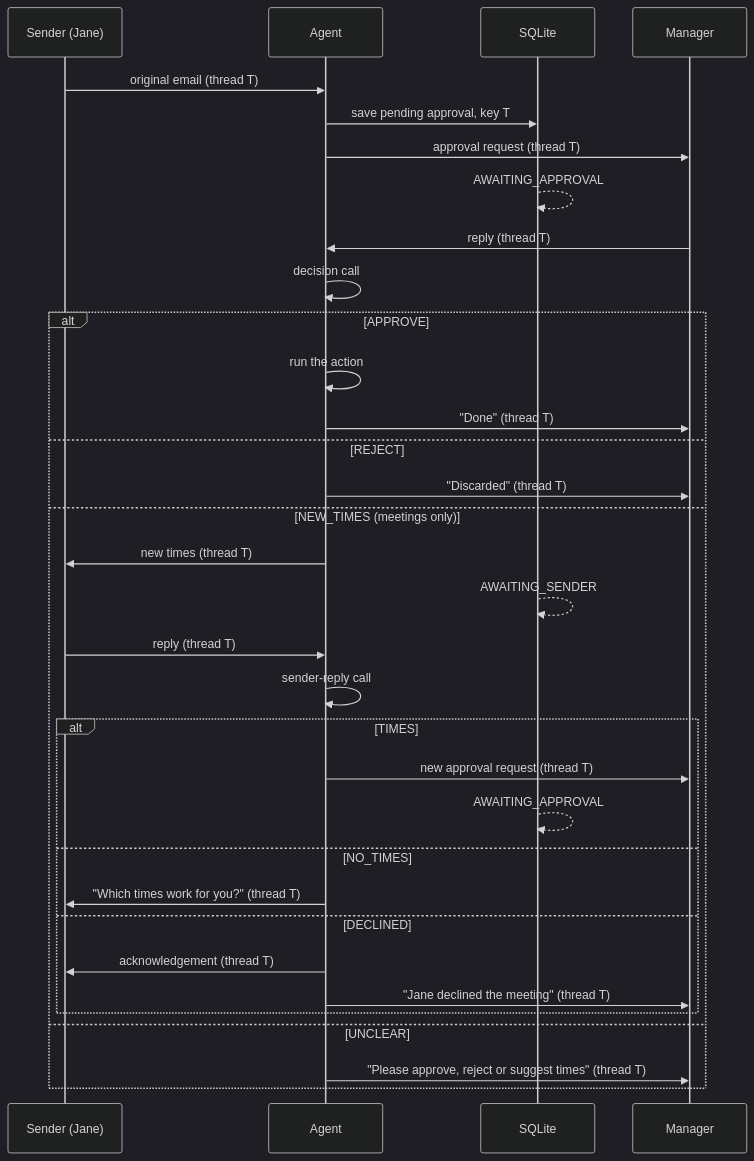
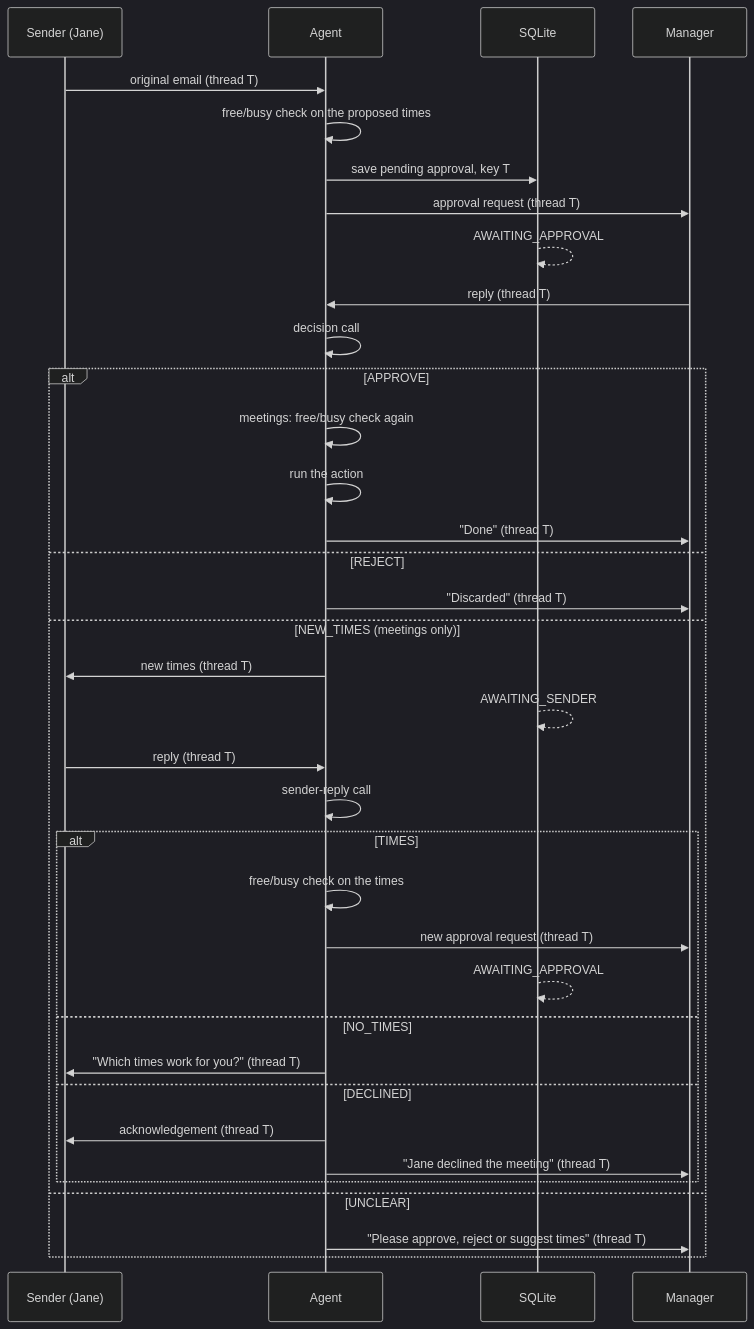
The first of 4 diagrams in docs/approval.md (andreicaminschi/ai-email-assistant), drawn with Mermaid (dark theme) before and after one commit. The commit also changed other lines of this file, not shown here.

````diff
--- a/docs/approval.md
+++ b/docs/approval.md
@@ -43,36 +44,39 @@
 ```mermaid
 sequenceDiagram
     participant S as Sender (Jane)
     participant A as Agent
     participant DB as SQLite
     participant M as Manager
 
     S->>A: original email (thread T)
+    A->>A: free/busy check on the proposed times
     A->>DB: save pending approval, key T
     A->>M: approval request (thread T)
     DB-->>DB: AWAITING_APPROVAL
     M->>A: reply (thread T)
     A->>A: decision call
     alt APPROVE
+        A->>A: meetings: free/busy check again
         A->>A: run the action
         A->>M: "Done" (thread T)
     else REJECT
         A->>M: "Discarded" (thread T)
     else NEW_TIMES (meetings only)
         A->>S: new times (thread T)
         DB-->>DB: AWAITING_SENDER
         S->>A: reply (thread T)
         A->>A: sender-reply call
         alt TIMES
+            A->>A: free/busy check on the times
             A->>M: new approval request (thread T)
             DB-->>DB: AWAITING_APPROVAL
         else NO_TIMES
             A->>S: "Which times work for you?" (thread T)
         else DECLINED
             A->>S: acknowledgement (thread T)
             A->>M: "Jane declined the meeting" (thread T)
         end
     else UNCLEAR
         A->>M: "Please approve, reject or suggest times" (thread T)
     end
 ```
````
